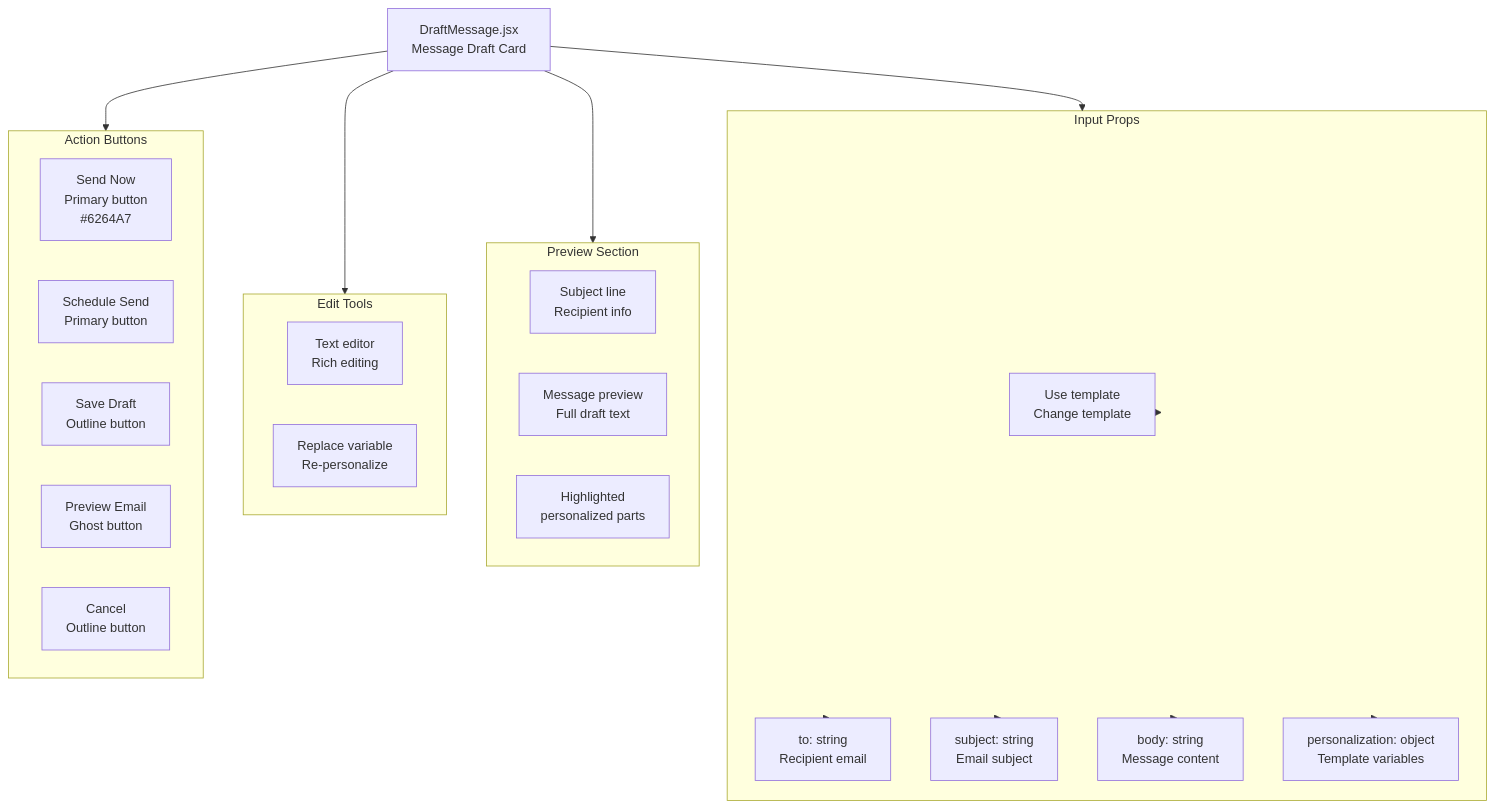
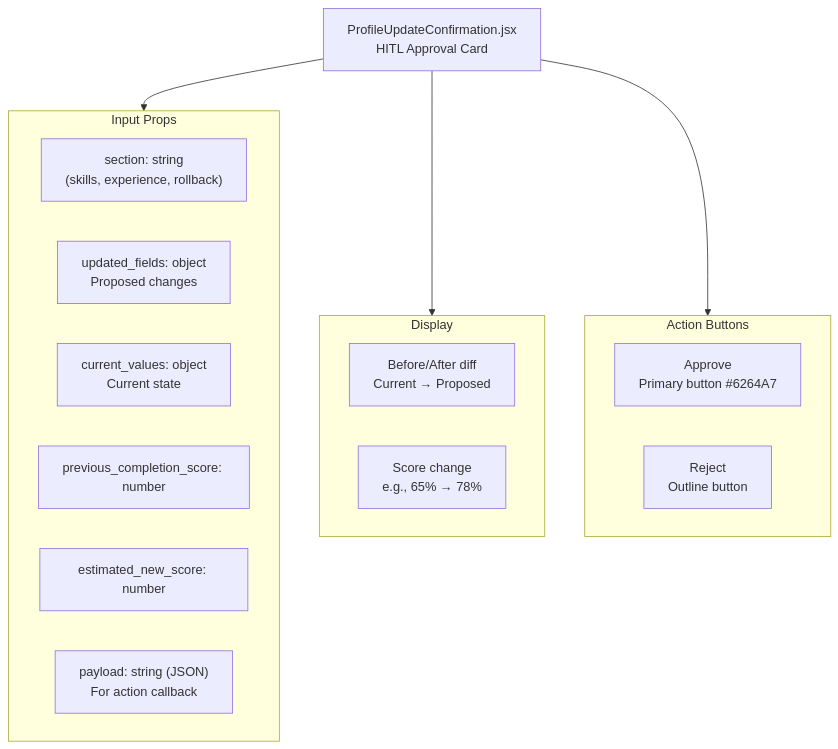
One commit to savipk/autochat changed the fifth of 10 diagrams in docs/architecture/09-ui-component-tree.md. Above: the diagram before and after it, drawn with Mermaid. The commit also changed other lines of this file and 27 other files, not shown here.

````diff
--- a/docs/architecture/09-ui-component-tree.md
+++ b/docs/architecture/09-ui-component-tree.md
@@ -161,43 +171,27 @@
 ```mermaid
 graph TB
-    DraftMessage["DraftMessage.jsx<br/>Message Draft Card"]
+    PUC["ProfileUpdateConfirmation.jsx<br/>HITL Approval Card"]
 
     subgraph Data["Input Props"]
-        Template["template: string<br/>Message template"]
-        To["to: string<br/>Recipient email"]
-        Subject["subject: string<br/>Email subject"]
-        Body["body: string<br/>Message content"]
-        Personalization["personalization: object<br/>Template variables"]
+        Section["section: string<br/>(skills, experience, rollback)"]
+        UpdatedFields["updated_fields: object<br/>Proposed changes"]
+        CurrentValues["current_values: object<br/>Current state"]
+        PrevScore["previous_completion_score: number"]
+        NewScore["estimated_new_score: number"]
+        Payload["payload: string (JSON)<br/>For action callback"]
     end
 
-    subgraph Preview["Preview Section"]
-        Header["Subject line<br/>Recipient info"]
-        Content["Message preview<br/>Full draft text"]
-        Highlight["Highlighted<br/>personalized parts"]
+    subgraph Display["Display"]
+        BeforeAfter["Before/After diff<br/>Current → Proposed"]
+        ScoreChange["Score change<br/>e.g., 65% → 78%"]
     end
 
-    subgraph EditTools["Edit Tools"]
-        TextEditor["Text editor<br/>Rich editing"]
-        Replace["Replace variable<br/>Re-personalize"]
-        Template["Use template<br/>Change template"]
+    subgraph Actions["Action Buttons"]
+        Approve["Approve<br/>Primary button #6264A7"]
+        Reject["Reject<br/>Outline button"]
     end
 
-    subgraph Buttons["Action Buttons"]
-        SendBtn["Send Now<br/>Primary button<br/>#6264A7"]
-        ScheduleBtn["Schedule Send<br/>Primary button"]
-        SaveDraftBtn["Save Draft<br/>Outline button"]
-        PreviewBtn["Preview Email<br/>Ghost button"]
-        CancelBtn["Cancel<br/>Outline button"]
-    end
-
-    DraftMessage --> Data
-    Data --> Template
-    Data --> To
-    Data --> Subject
-    Data --> Body
-    Data --> Personalization
-
-    DraftMessage --> Preview
-    DraftMessage --> EditTools
-    DraftMessage --> Buttons
+    PUC --> Data
+    PUC --> Display
+    PUC --> Actions
 ```
````
